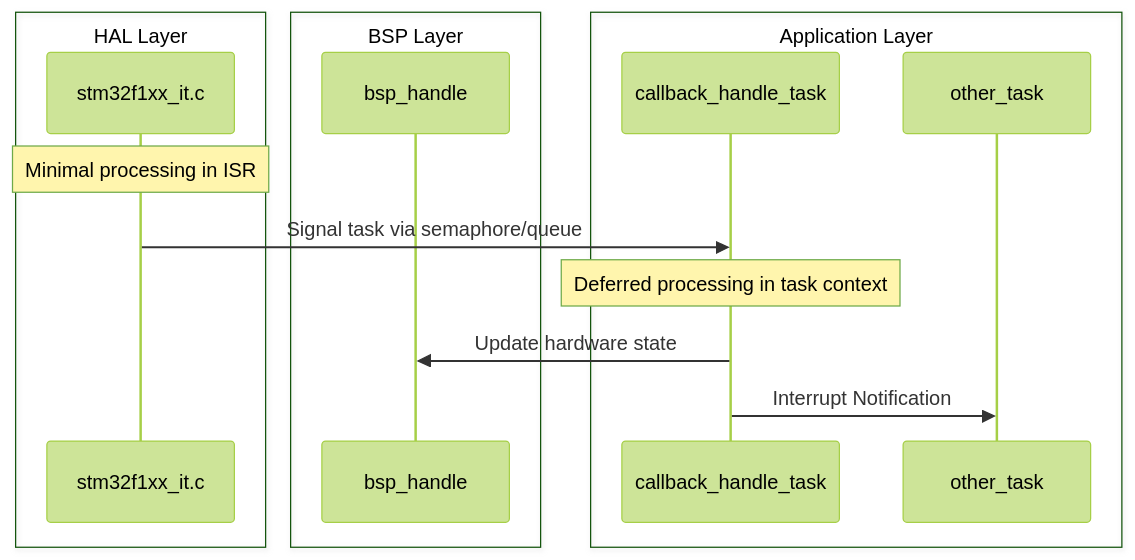
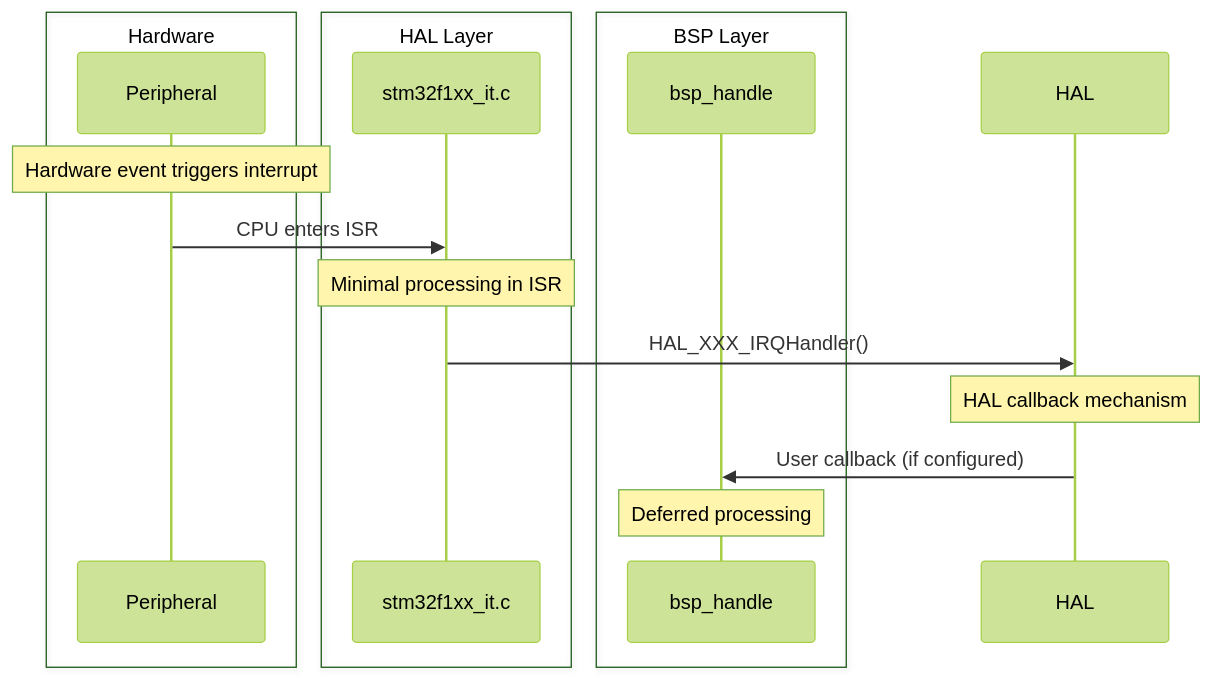
The second of 3 diagrams in docs/ARCHITECTURE.md (2005sam/blanceCar), drawn with Mermaid (forest theme) before and after one commit. The commit also changed other lines of this file and 1 other file, not shown here.

````diff
--- a/docs/ARCHITECTURE.md
+++ b/docs/ARCHITECTURE.md
@@ -42,21 +155,20 @@
 ```mermaid
 sequenceDiagram
+    box Hardware
+        participant HW as Peripheral
+    end
     box HAL Layer
         participant IT as stm32f1xx_it.c
     end
-box BSP Layer
-    participant BSP as bsp_handle
-end
+    box BSP Layer
+        participant BSP as bsp_handle
+    end
 
-box Application Layer
-    participant CB as callback_handle_task
-    participant OT as other_task
-end
-
-Note over IT: Minimal processing in ISR
-IT->>CB: Signal task via semaphore/queue
-Note over CB: Deferred processing in task context
-CB->>BSP: Update hardware state
-CB->>OT: Interrupt Notification
-
+    Note over HW: Hardware event triggers interrupt
+    HW->>IT: CPU enters ISR
+    Note over IT: Minimal processing in ISR
+    IT->>HAL: HAL_XXX_IRQHandler()
+    Note over HAL: HAL callback mechanism
+    HAL->>BSP: User callback (if configured)
+    Note over BSP: Deferred processing
 ```
````
